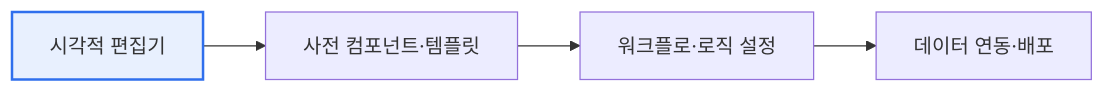
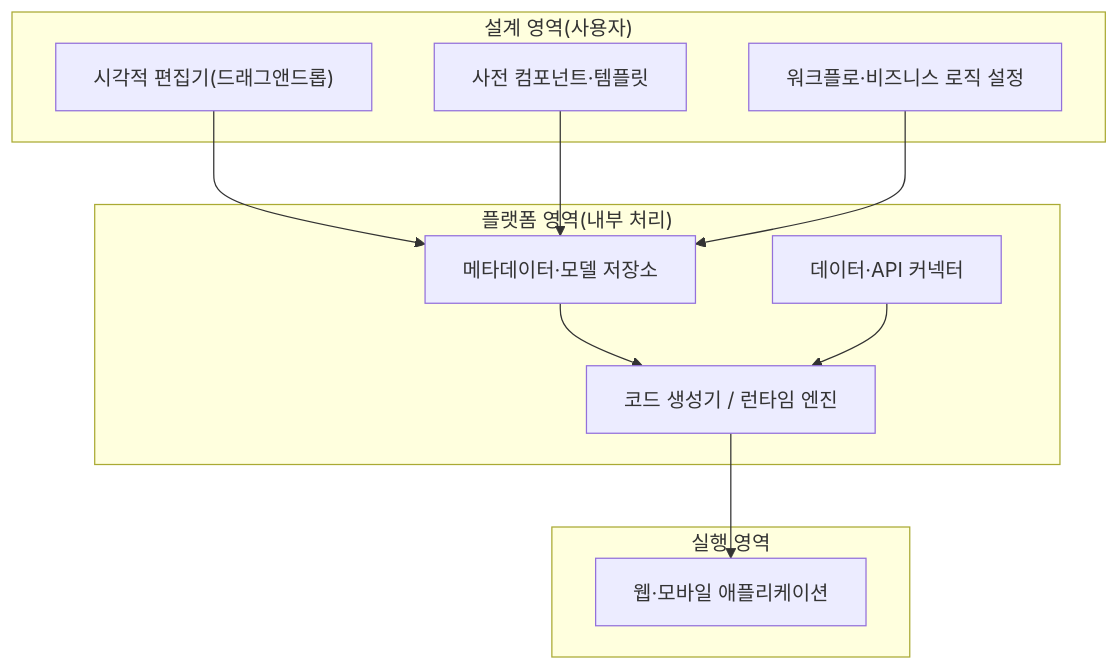
One commit to coninggu/wjdqhrhksflrltnftk changed the first of 2 diagrams in content/no-code.md. Above: the diagram before and after it, drawn with Mermaid. The commit also changed other lines of this file and 3 other files, not shown here.

````diff
--- a/content/no-code.md
+++ b/content/no-code.md
@@ -25,7 +19,22 @@
 ```mermaid
-flowchart LR
-  U[시각적 편집기] --> C[사전 컴포넌트·템플릿]
-  C --> W[워크플로·로직 설정]
-  W --> D[데이터 연동·배포]
-  style U fill:#e8f0fe,stroke:#2f6fed,stroke-width:2px
+flowchart TB
+  subgraph Design["설계 영역(사용자)"]
+    U["시각적 편집기(드래그앤드롭)"]
+    C["사전 컴포넌트·템플릿"]
+    W["워크플로·비즈니스 로직 설정"]
+  end
+  subgraph Platform["플랫폼 영역(내부 처리)"]
+    M["메타데이터·모델 저장소"]
+    G["코드 생성기 / 런타임 엔진"]
+    I["데이터·API 커넥터"]
+  end
+  subgraph Deploy["실행 영역"]
+    A["웹·모바일 애플리케이션"]
+  end
+  U --> M
+  C --> M
+  W --> M
+  M --> G
+  I --> G
+  G --> A
 ```
````
